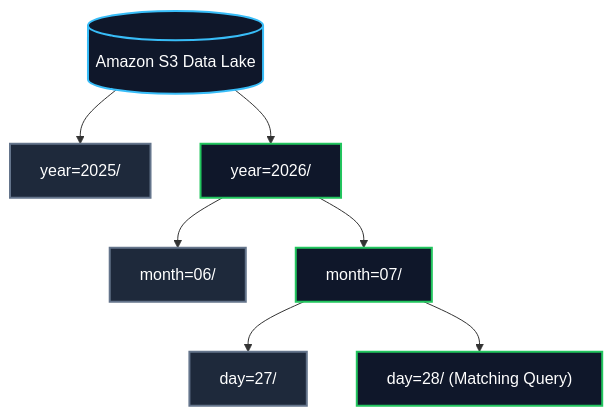
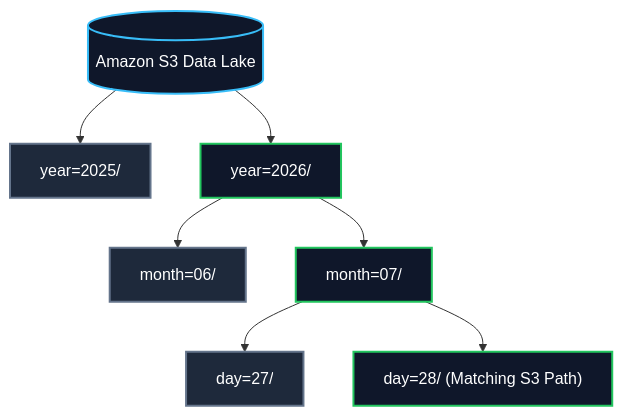
The second of 3 diagrams in content/my/03-concepts/data-modeling-and-partitioning.md (Wathon/aws-dea-c01-note), drawn with Mermaid before and after one commit. The commit also changed other lines of this file and 4 other files, not shown here.

Commit message:
fix(i18n): align Burmese notes with exact 1:1 structural, diagram, and table parity to English versions

````diff
--- a/content/my/03-concepts/data-modeling-and-partitioning.md
+++ b/content/my/03-concepts/data-modeling-and-partitioning.md
@@ -56,21 +57,21 @@
 ```mermaid
 graph TD
     Bucket[("Amazon S3 Data Lake")]
     
     Bucket --> Y2025["year=2025/"]
     Bucket --> Y2026["year=2026/"]
     
     Y2026 --> M06["month=06/"]
     Y2026 --> M07["month=07/"]
     
     M07 --> D27["day=27/"]
-    M07 --> D28["day=28/ (Matching Query)"]
+    M07 --> D28["day=28/ (Matching S3 Path)"]
     
     classDef b fill:#0f172a,stroke:#38bdf8,stroke-width:2px,color:#fff;
     classDef match fill:#0f172a,stroke:#22c55e,stroke-width:2px,color:#fff;
     classDef skip fill:#1e293b,stroke:#64748b,stroke-width:2px,color:#fff;
 
     class Bucket b;
     class Y2026,M07,D28 match;
     class Y2025,M06,D27 skip;
 ```
````
